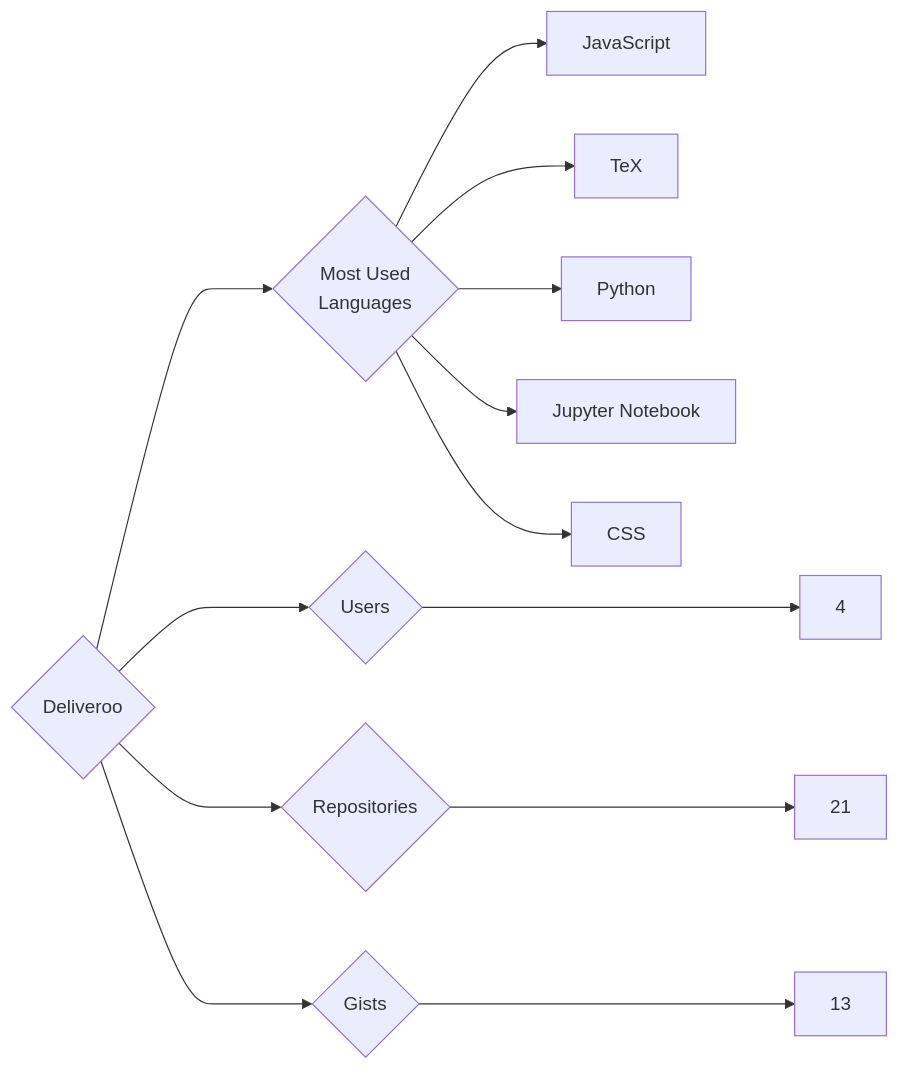
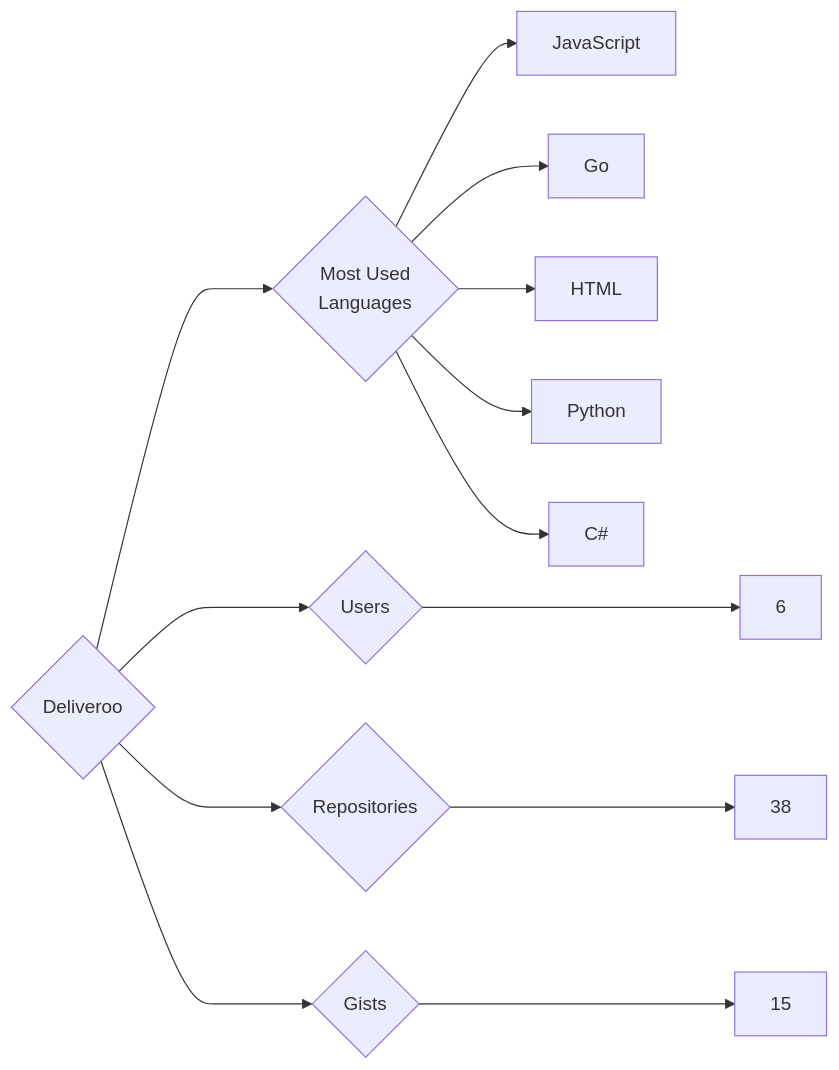
The diagram in targets/Deliveroo/README.md (trickest/insiders), drawn with Mermaid before and after one commit. The commit also changed 1123 other files, not shown here.

````diff
--- a/targets/Deliveroo/README.md
+++ b/targets/Deliveroo/README.md
@@ -3,13 +3,13 @@
 ```mermaid
 graph LR
 COMPANY_NAME{Deliveroo}
-COMPANY_NAME ---> U{Users} ---> UN[4]
-COMPANY_NAME ---> R{Repositories} ---> RN[21]
-COMPANY_NAME ---> G{Gists} ---> GN[13]
+COMPANY_NAME ---> U{Users} ---> UN[6]
+COMPANY_NAME ---> R{Repositories} ---> RN[38]
+COMPANY_NAME ---> G{Gists} ---> GN[15]
 COMPANY_NAME ---> ML{Most Used<br>Languages}
 ML --> JavaScript[JavaScript]
-ML --> TeX[TeX]
+ML --> Go[Go]
+ML --> HTML[HTML]
 ML --> Python[Python]
-ML --> Jupyter_Notebook[Jupyter Notebook]
-ML --> CSS[CSS]
+ML --> C#[C#]
 ```
````
